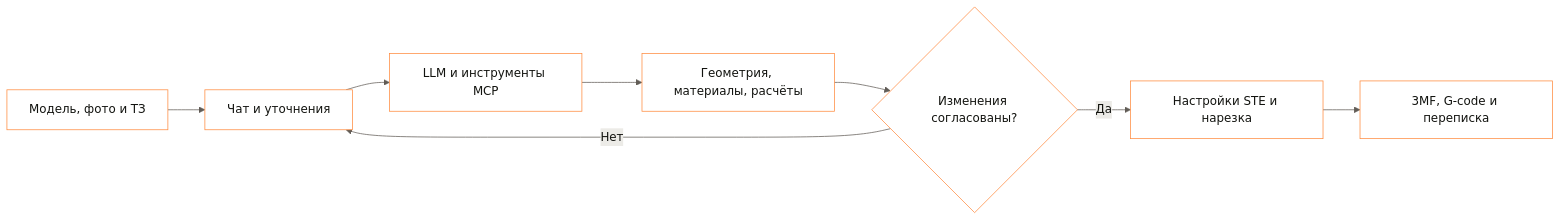
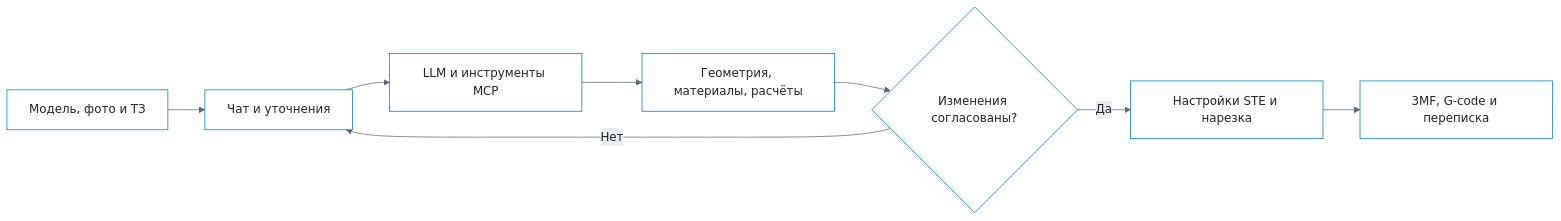
Before and after one commit to GoatWhistle/mosprom: the diagram in README.md, drawn with Mermaid. The commit also changed other lines of this file and 96 other files, not shown here.

````diff
--- a/README.md
+++ b/README.md
@@ -72,11 +69,11 @@
 ```mermaid
-%%{init: {"theme":"base","themeVariables":{"primaryColor":"#ffffff","primaryTextColor":"#12130f","primaryBorderColor":"#ff8a3d","secondaryColor":"#ecebe7","tertiaryColor":"#f6f5f2","lineColor":"#615c56","textColor":"#12130f","noteBkgColor":"#ecebe7","noteTextColor":"#4d4944","actorBkg":"#ffffff","actorBorder":"#ff8a3d","fontFamily":"Onest Variable"}}}%%
+%%{init: {"theme":"base","themeVariables":{"primaryColor":"#ffffff","primaryTextColor":"#1f2427","primaryBorderColor":"#0277bd","secondaryColor":"#e9edf0","tertiaryColor":"#f4f6f8","lineColor":"#5b666e","textColor":"#1f2427","noteBkgColor":"#e9edf0","noteTextColor":"#475158","actorBkg":"#ffffff","actorBorder":"#0277bd","fontFamily":"Onest"}}}%%
 flowchart LR
     I[Модель, фото и ТЗ] --> C[Чат и уточнения]
     C --> A[LLM и инструменты MCP]
     A --> G[Геометрия, материалы, расчёты]
     G --> D{Изменения согласованы?}
     D -->|Нет| C
     D -->|Да| S[Настройки STE и нарезка]
     S --> R[3MF, G-code и переписка]
 ```
````
